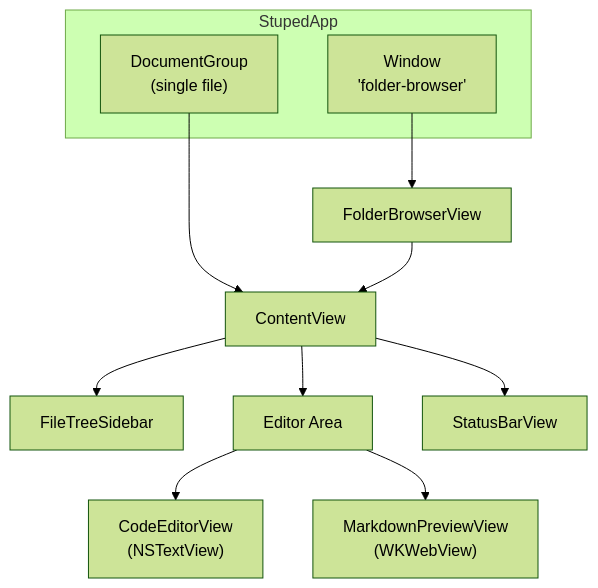
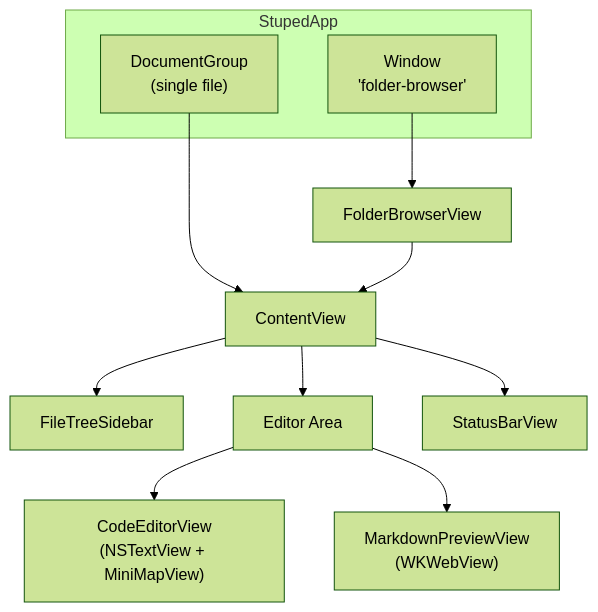
The second of 7 diagrams in doc/arc42.md (bjblazko/stuped), drawn with Mermaid (forest theme) before and after one commit. The commit also changed other lines of this file and 14 other files, not shown here.

Commit message:
Release v0.3.0: mini-map, recent files popup, dotfiles toggle

````diff
--- a/doc/arc42.md
+++ b/doc/arc42.md
@@ -84,17 +88,17 @@
 ```mermaid
 graph TD
     subgraph StupedApp
         DG["DocumentGroup\n(single file)"]
         WS["Window\n'folder-browser'"]
     end
 
     DG --> CV["ContentView"]
     WS --> FBV["FolderBrowserView"] --> CV
 
     CV --> FTS["FileTreeSidebar"]
     CV --> EA["Editor Area"]
     CV --> SBV["StatusBarView"]
 
-    EA --> CEV["CodeEditorView\n(NSTextView)"]
+    EA --> CEV["CodeEditorView\n(NSTextView + MiniMapView)"]
     EA --> MPV["MarkdownPreviewView\n(WKWebView)"]
 ```
````
